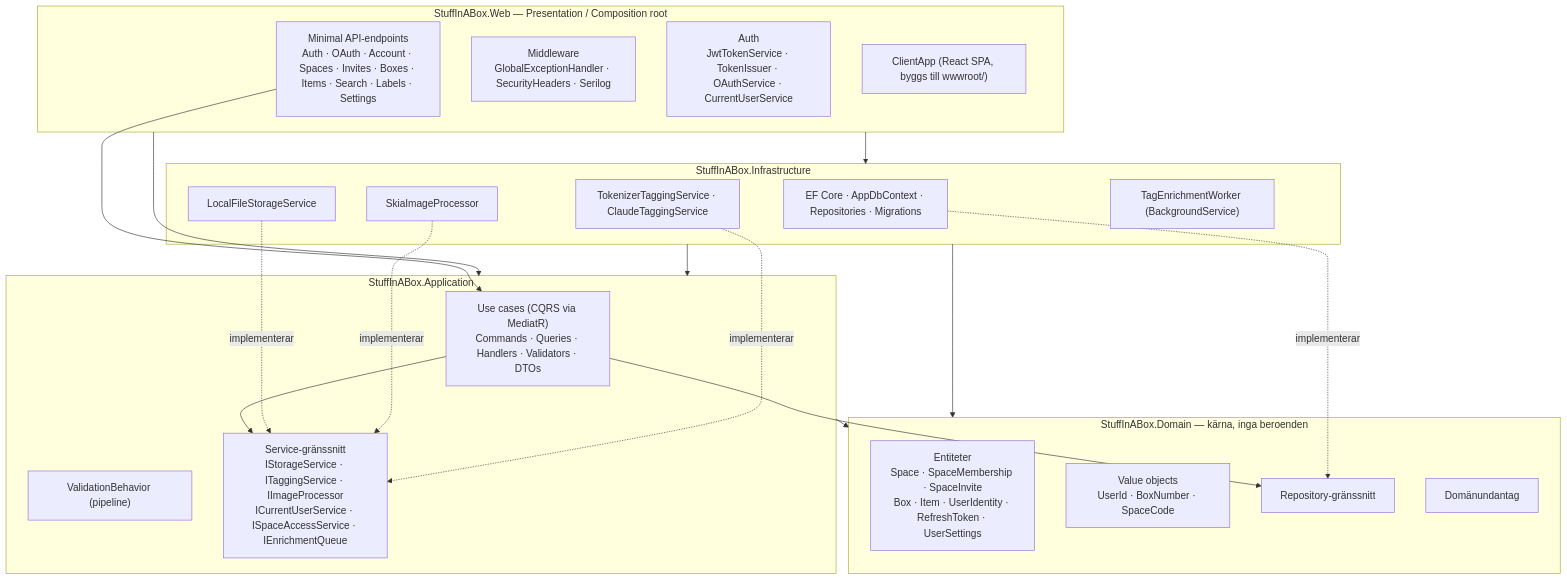
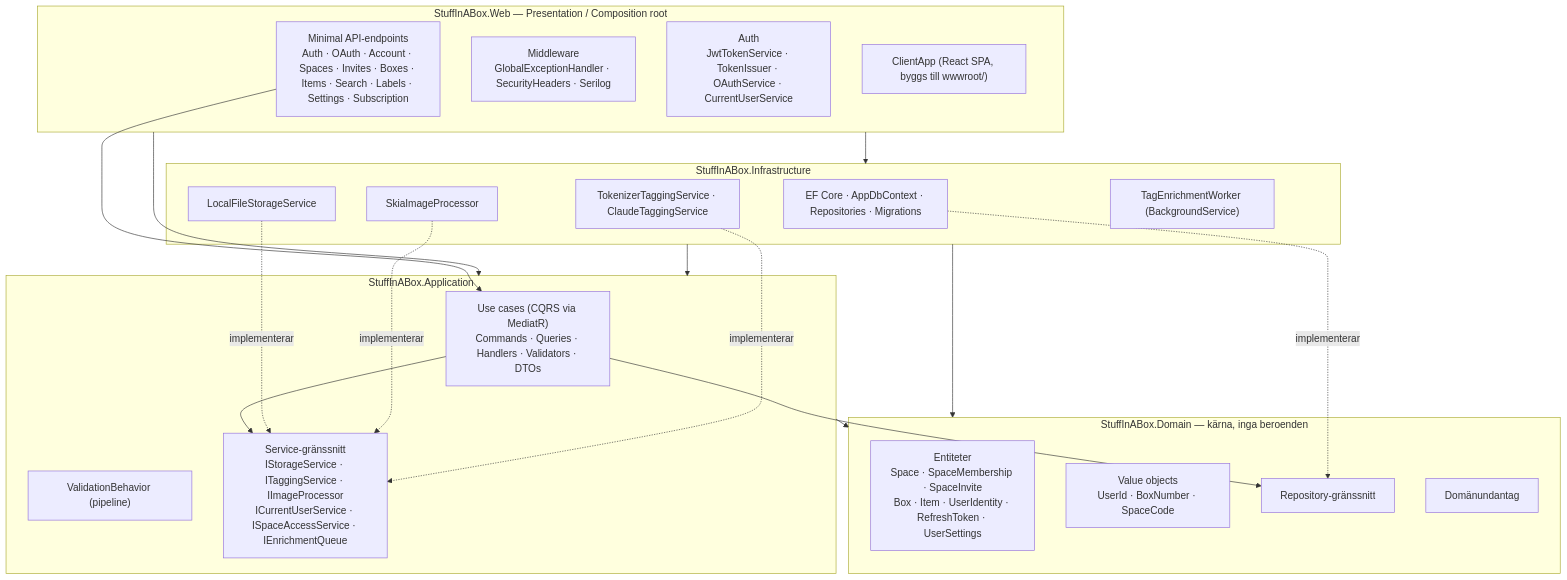
Before and after one commit to antfolkarn/Stuff_In_A_Box: the first of 9 diagrams in docs/ARCHITECTURE.md, drawn with Mermaid. The commit also changed other lines of this file and 19 other files, not shown here.

First line of the commit message:
Capture OAuth email + subscription block in Settings

````diff
--- a/docs/ARCHITECTURE.md
+++ b/docs/ARCHITECTURE.md
@@ -13,44 +13,44 @@
 ```mermaid
 flowchart TD
     subgraph Web["StuffInABox.Web — Presentation / Composition root"]
-        EP["Minimal API-endpoints<br/>Auth · OAuth · Account · Spaces · Invites · Boxes · Items · Search · Labels · Settings"]
+        EP["Minimal API-endpoints<br/>Auth · OAuth · Account · Spaces · Invites · Boxes · Items · Search · Labels · Settings · Subscription"]
         MW["Middleware<br/>GlobalExceptionHandler · SecurityHeaders · Serilog"]
         AUTH["Auth<br/>JwtTokenService · TokenIssuer · OAuthService · CurrentUserService"]
         SPA["ClientApp (React SPA, byggs till wwwroot/)"]
     end
 
     subgraph Infra["StuffInABox.Infrastructure"]
         EF["EF Core · AppDbContext · Repositories · Migrations"]
         STORE["LocalFileStorageService"]
         IMG["SkiaImageProcessor"]
         TAG["TokenizerTaggingService · ClaudeTaggingService"]
         WORKER["TagEnrichmentWorker (BackgroundService)"]
     end
 
     subgraph App["StuffInABox.Application"]
         UC["Use cases (CQRS via MediatR)<br/>Commands · Queries · Handlers · Validators · DTOs"]
         BEH["ValidationBehavior (pipeline)"]
         IF["Service-gränssnitt<br/>IStorageService · ITaggingService · IImageProcessor<br/>ICurrentUserService · ISpaceAccessService · IEnrichmentQueue"]
     end
 
     subgraph Domain["StuffInABox.Domain — kärna, inga beroenden"]
         ENT["Entiteter<br/>Space · SpaceMembership · SpaceInvite<br/>Box · Item · UserIdentity · RefreshToken · UserSettings"]
         VO["Value objects<br/>UserId · BoxNumber · SpaceCode"]
         REPO["Repository-gränssnitt"]
         EXC["Domänundantag"]
     end
 
     Web --> App
     Web --> Infra
     Infra --> App
     App --> Domain
     Infra --> Domain
 
     EP --> UC
     UC --> IF
     UC --> REPO
     EF -. implementerar .-> REPO
     STORE -. implementerar .-> IF
     IMG -. implementerar .-> IF
     TAG -. implementerar .-> IF
 ```
````
